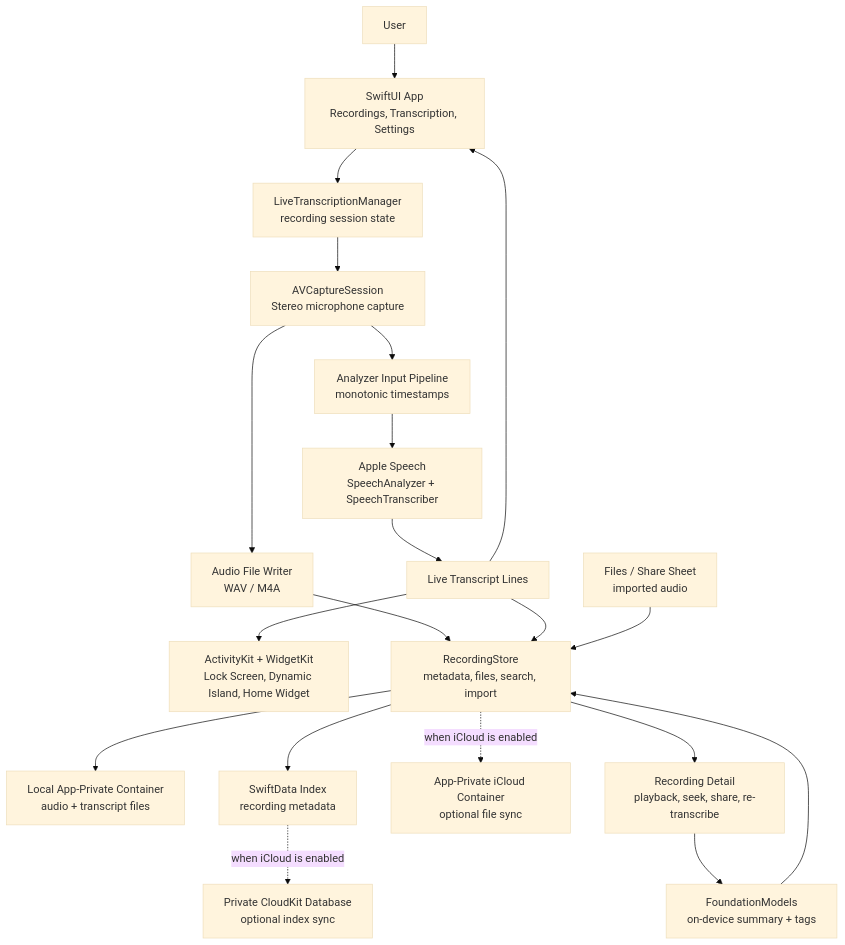
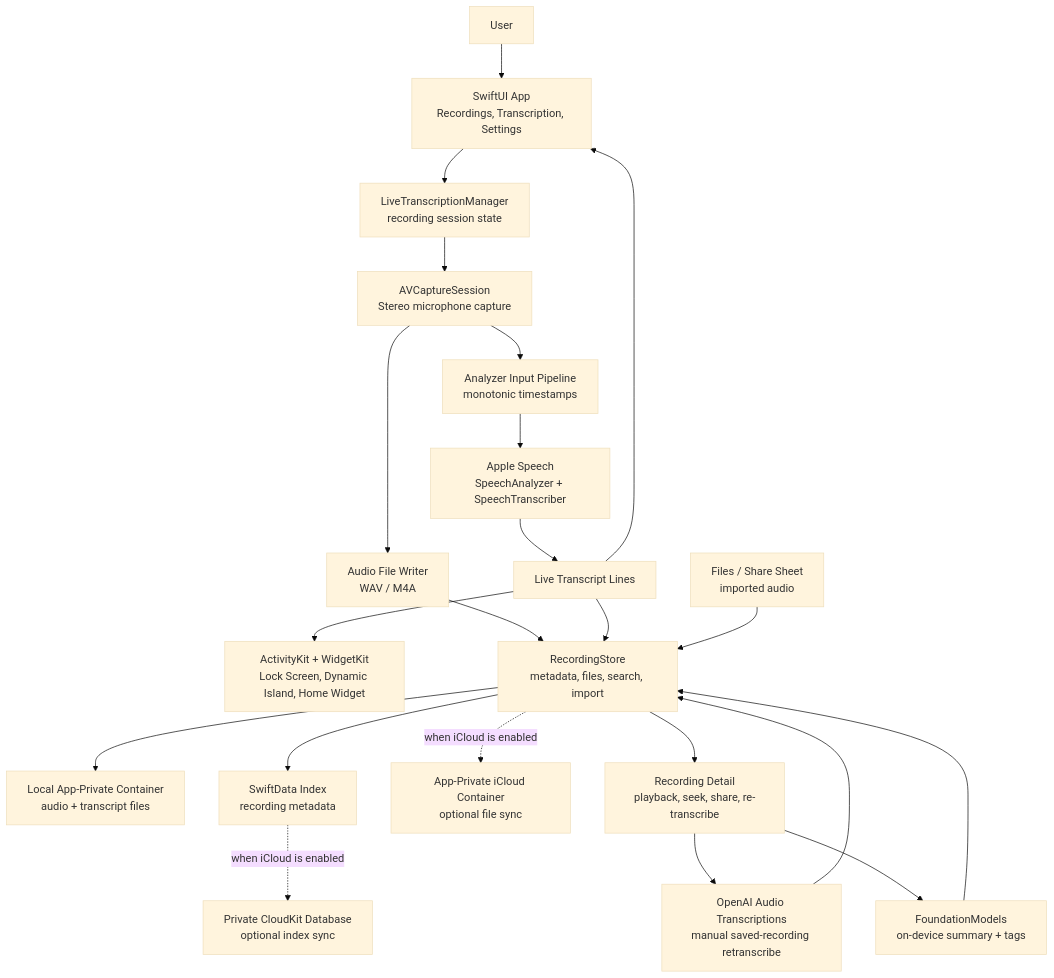
Before and after one commit to iamwilliamli/LiveTranscriber: the diagram in README.md, drawn with Mermaid (base theme). The commit also changed other lines of this file and 47 other files, not shown here.

````diff
--- a/README.md
+++ b/README.md
@@ -57,40 +58,43 @@
 ```mermaid
 flowchart TB
     user["User"]
     ui["SwiftUI App\nRecordings, Transcription, Settings"]
     manager["LiveTranscriptionManager\nrecording session state"]
     capture["AVCaptureSession\nStereo microphone capture"]
     fileWriter["Audio File Writer\nWAV / M4A"]
     speechInput["Analyzer Input Pipeline\nmonotonic timestamps"]
     speech["Apple Speech\nSpeechAnalyzer + SpeechTranscriber"]
+    openai["OpenAI Audio Transcriptions\nmanual saved-recording retranscribe"]
     liveText["Live Transcript Lines"]
     activity["ActivityKit + WidgetKit\nLock Screen, Dynamic Island, Home Widget"]
     store["RecordingStore\nmetadata, files, search, import"]
     localFiles["Local App-Private Container\naudio + transcript files"]
     swiftData["SwiftData Index\nrecording metadata"]
     icloudFiles["App-Private iCloud Container\noptional file sync"]
     cloudKit["Private CloudKit Database\noptional index sync"]
     detail["Recording Detail\nplayback, seek, share, re-transcribe"]
     intelligence["FoundationModels\non-device summary + tags"]
     importAudio["Files / Share Sheet\nimported audio"]
 
     user --> ui
     ui --> manager
     manager --> capture
     capture --> fileWriter
     capture --> speechInput
     speechInput --> speech
     speech --> liveText
     liveText --> ui
     liveText --> activity
     fileWriter --> store
     liveText --> store
     importAudio --> store
     store --> localFiles
     store --> swiftData
     store -. "when iCloud is enabled" .-> icloudFiles
     swiftData -. "when iCloud is enabled" .-> cloudKit
     store --> detail
+    detail --> openai
+    openai --> store
     detail --> intelligence
     intelligence --> store
 ```
````
